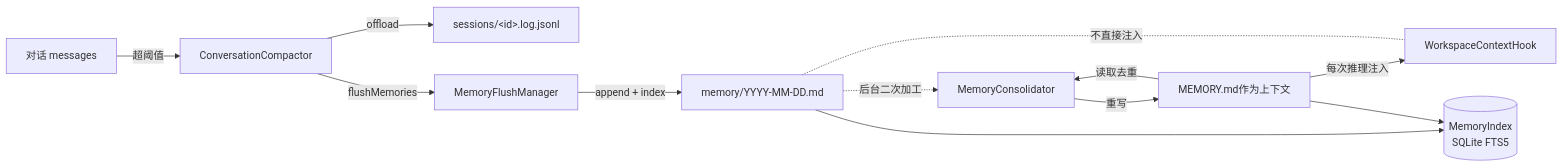
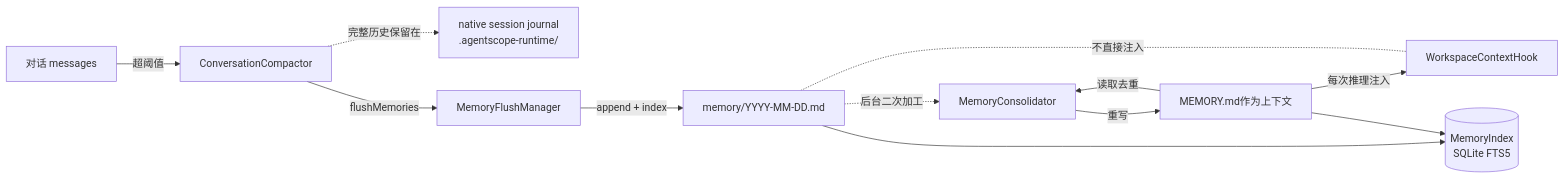
Before and after one commit to nexora-dev200/agentscope-java: the diagram in docs/v1/zh/docs/harness/memory.md, drawn with Mermaid. The commit also changed other lines of this file and 7 other files, not shown here.

Commit message:
docs(harness): correct session log claims after the native journal redesign (#3561)

````diff
--- a/docs/v1/zh/docs/harness/memory.md
+++ b/docs/v1/zh/docs/harness/memory.md
@@ -24,14 +24,14 @@
 ```mermaid
 graph LR
     Conv[对话 messages] -->|超阈值| Compactor[ConversationCompactor]
-    Compactor -->|offload| Sess[sessions/&lt;id&gt;.log.jsonl]
+    Compactor -. 完整历史保留在 .-> Sess[native session journal<br/>.agentscope-runtime/]
     Compactor -->|flushMemories| Flush[MemoryFlushManager]
     Flush -->|append + index| Daily[memory/YYYY-MM-DD.md]
     Daily -. 后台二次加工 .-> Cons[MemoryConsolidator]
     MEM[MEMORY.md作为上下文] -->|读取去重| Cons
     Cons -->|重写| MEM
     MEM -->|每次推理注入| Hook[WorkspaceContextHook]
     Daily -.不直接注入.- Hook
     Daily --> Idx[(MemoryIndex<br/>SQLite FTS5)]
     MEM --> Idx
 ```
````
